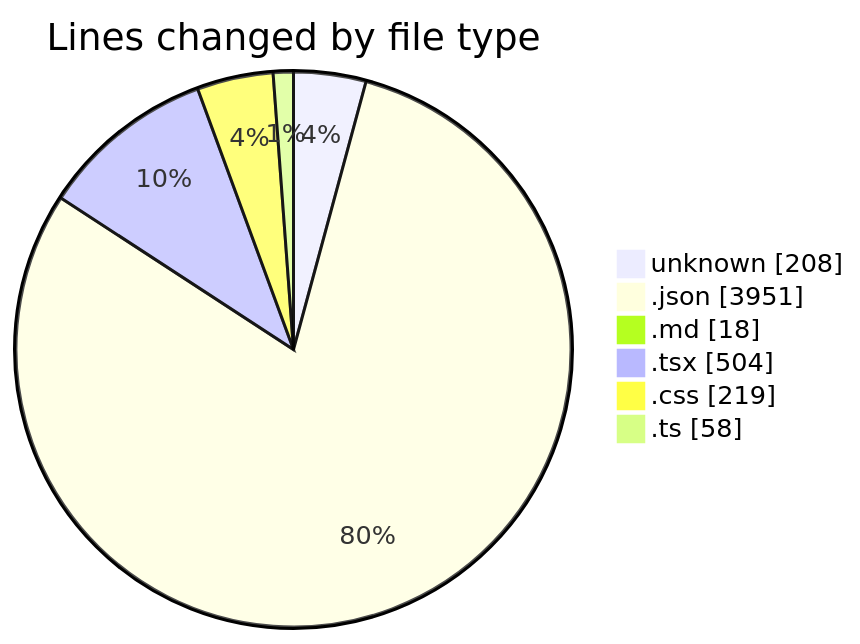
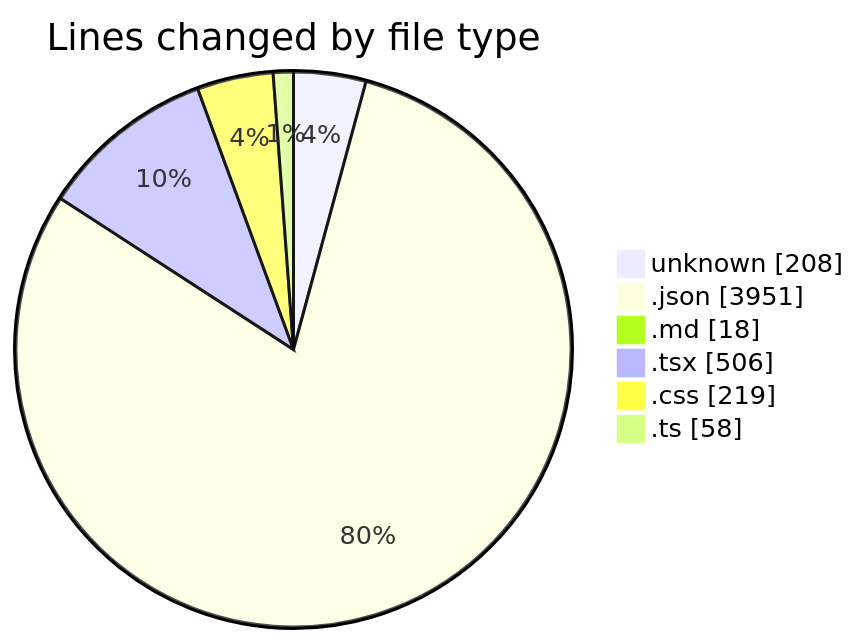
One commit to EIIisD/code-tracking changed the first of 2 diagrams in 2025-08-07/ribbon/README.md. Above: the diagram before and after it, drawn with Mermaid. The commit also changed other lines of this file and 1 other file, not shown here.

````diff
--- a/2025-08-07/ribbon/README.md
+++ b/2025-08-07/ribbon/README.md
@@ -32,10 +32,10 @@
 ```mermaid
 pie showData
 title Lines changed by file type
 "unknown" : 208
 ".json" : 3951
 ".md" : 18
-".tsx" : 504
+".tsx" : 506
 ".css" : 219
 ".ts" : 58
 ```
````
